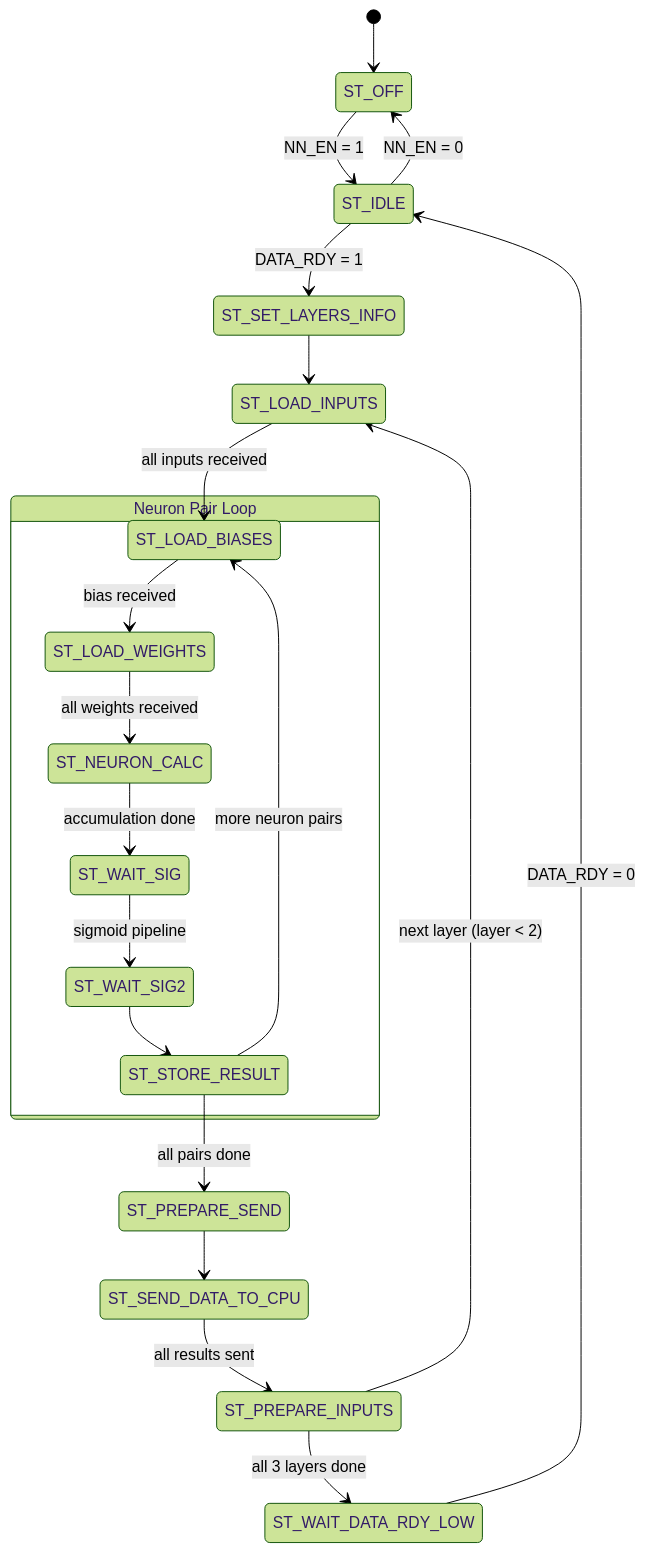
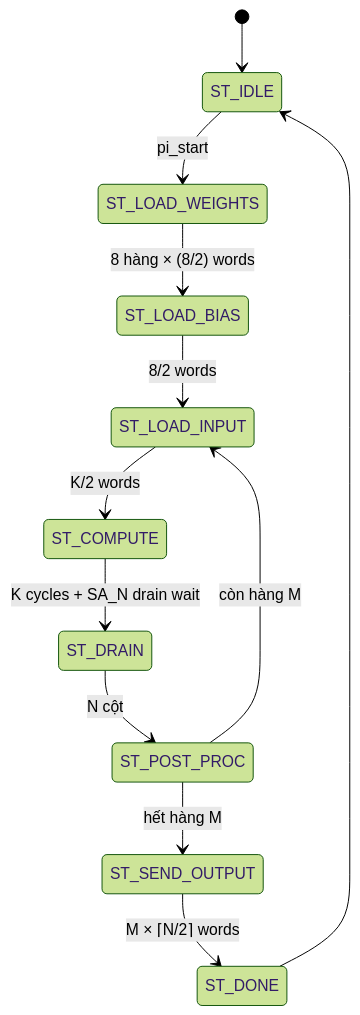
The diagram in docs/system_description.md (tamtruongb26/RISC-V-based_AI_Accelerator_system), drawn with Mermaid (forest theme) before and after one commit. The commit also changed other lines of this file and 1 other file, not shown here.

````diff
--- a/docs/system_description.md
+++ b/docs/system_description.md
@@ -155,27 +118,14 @@
 ```mermaid
 stateDiagram-v2
-    [*] --> ST_OFF
-    ST_OFF --> ST_IDLE : NN_EN = 1
-    ST_IDLE --> ST_SET_LAYERS_INFO : DATA_RDY = 1
-    ST_SET_LAYERS_INFO --> ST_LOAD_INPUTS
-    
-    ST_LOAD_INPUTS --> ST_LOAD_BIASES : all inputs received
-    
-    state "Neuron Pair Loop" as loop {
-        ST_LOAD_BIASES --> ST_LOAD_WEIGHTS : bias received
-        ST_LOAD_WEIGHTS --> ST_NEURON_CALC : all weights received
-        ST_NEURON_CALC --> ST_WAIT_SIG : accumulation done
-        ST_WAIT_SIG --> ST_WAIT_SIG2 : sigmoid pipeline
-        ST_WAIT_SIG2 --> ST_STORE_RESULT
-        ST_STORE_RESULT --> ST_LOAD_BIASES : more neuron pairs
-    }
-    
-    ST_STORE_RESULT --> ST_PREPARE_SEND : all pairs done
-    ST_PREPARE_SEND --> ST_SEND_DATA_TO_CPU
-    ST_SEND_DATA_TO_CPU --> ST_PREPARE_INPUTS : all results sent
-    ST_PREPARE_INPUTS --> ST_LOAD_INPUTS : next layer (layer < 2)
-    ST_PREPARE_INPUTS --> ST_WAIT_DATA_RDY_LOW : all 3 layers done
-    ST_WAIT_DATA_RDY_LOW --> ST_IDLE : DATA_RDY = 0
-    
-    ST_IDLE --> ST_OFF : NN_EN = 0
+    [*] --> ST_IDLE
+    ST_IDLE --> ST_LOAD_WEIGHTS : pi_start
+    ST_LOAD_WEIGHTS --> ST_LOAD_BIAS : 8 hàng × (8/2) words
+    ST_LOAD_BIAS --> ST_LOAD_INPUT : 8/2 words
+    ST_LOAD_INPUT --> ST_COMPUTE : K/2 words
+    ST_COMPUTE --> ST_DRAIN : K cycles + SA_N drain wait
+    ST_DRAIN --> ST_POST_PROC : N cột
+    ST_POST_PROC --> ST_LOAD_INPUT : còn hàng M
+    ST_POST_PROC --> ST_SEND_OUTPUT : hết hàng M
+    ST_SEND_OUTPUT --> ST_DONE : M × ⌈N/2⌉ words
+    ST_DONE --> ST_IDLE
 ```
````
